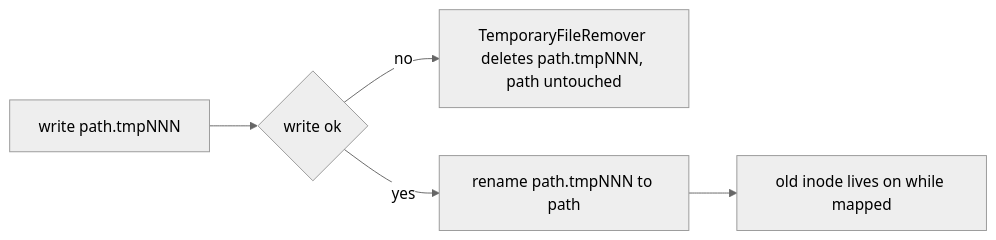
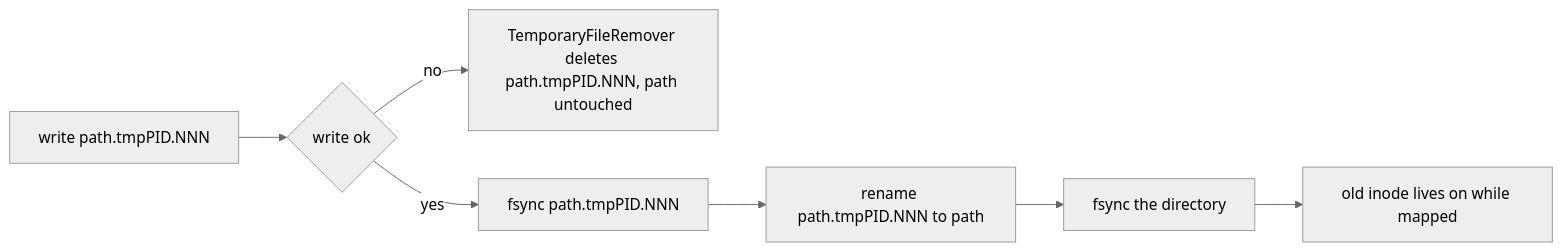
Before and after one commit to JetBerri/kael.cpp: the diagram in docs/12-model-loading.md, drawn with Mermaid (neutral theme). The commit also changed other lines of this file and 11 other files, not shown here.

````diff
--- a/docs/12-model-loading.md
+++ b/docs/12-model-loading.md
@@ -144,7 +148,9 @@
 ```mermaid
 flowchart LR
-    A["write path.tmpNNN"] --> B{"write ok"}
-    B -- no --> C["TemporaryFileRemover deletes path.tmpNNN, path untouched"]
-    B -- yes --> D["rename path.tmpNNN to path"]
-    D --> E["old inode lives on while mapped"]
+    A["write path.tmpPID.NNN"] --> B{"write ok"}
+    B -- no --> C["TemporaryFileRemover deletes path.tmpPID.NNN, path untouched"]
+    B -- yes --> F["fsync path.tmpPID.NNN"]
+    F --> D["rename path.tmpPID.NNN to path"]
+    D --> G["fsync the directory"]
+    G --> E["old inode lives on while mapped"]
 ```
````
